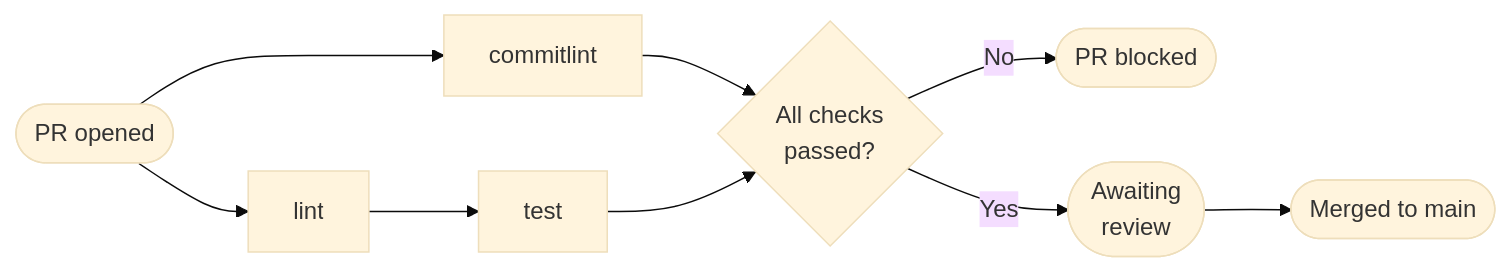
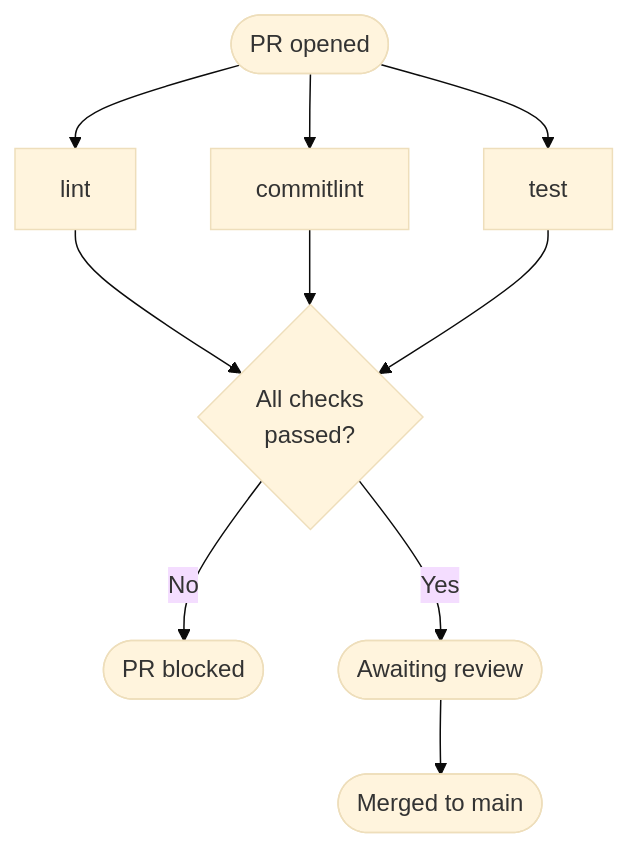
Before and after one commit to vsindevops/30-days-devops: the sixth of 6 diagrams in _posts/2026-05-14-day-01-git-branching-strategies.md, drawn with Mermaid (base theme). The commit also changed other lines of this file, not shown here.

First line of the commit message:
Fix overlapping Mermaid diagrams in Day 1 article

````diff
--- a/_posts/2026-05-14-day-01-git-branching-strategies.md
+++ b/_posts/2026-05-14-day-01-git-branching-strategies.md
@@ -614,11 +623,12 @@
 ```mermaid
-flowchart LR
+flowchart TD
     A([PR opened]) --> B[lint]
     A --> C[commitlint]
-    B --> D[test]
-    C --> E{All checks\npassed?}
+    A --> D[test]
+    B --> E{All checks\npassed?}
+    C --> E
     D --> E
     E -->|No| F([PR blocked])
-    E -->|Yes| G([Awaiting\nreview])
+    E -->|Yes| G([Awaiting review])
     G --> H([Merged to main])
 ```
````
